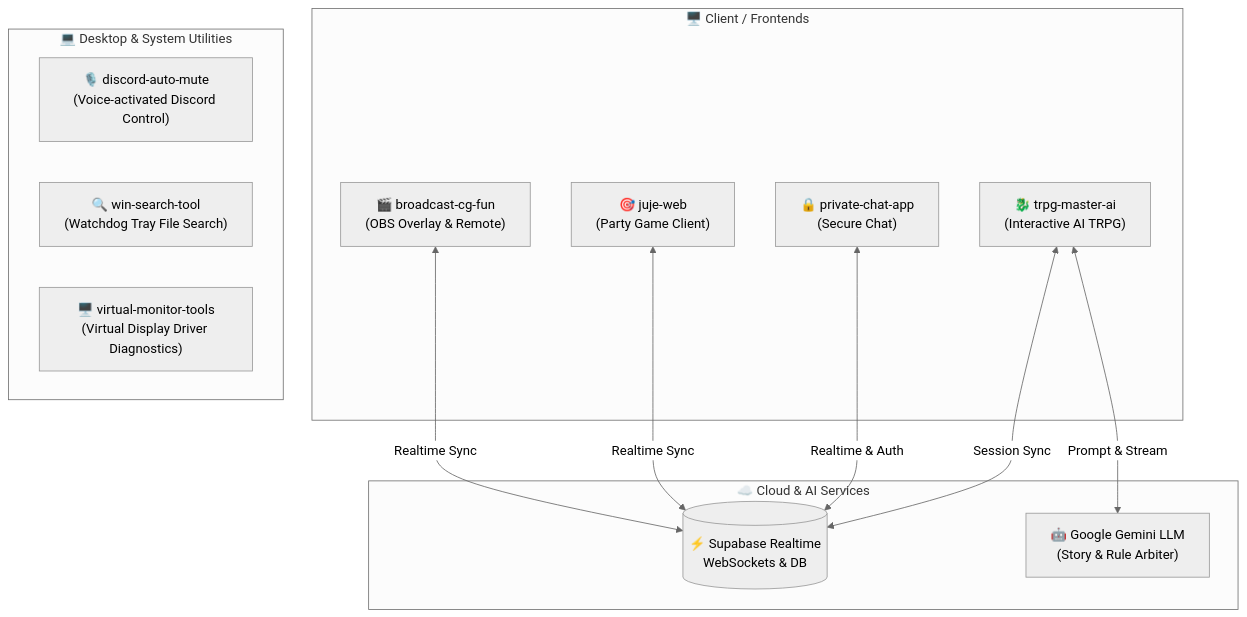
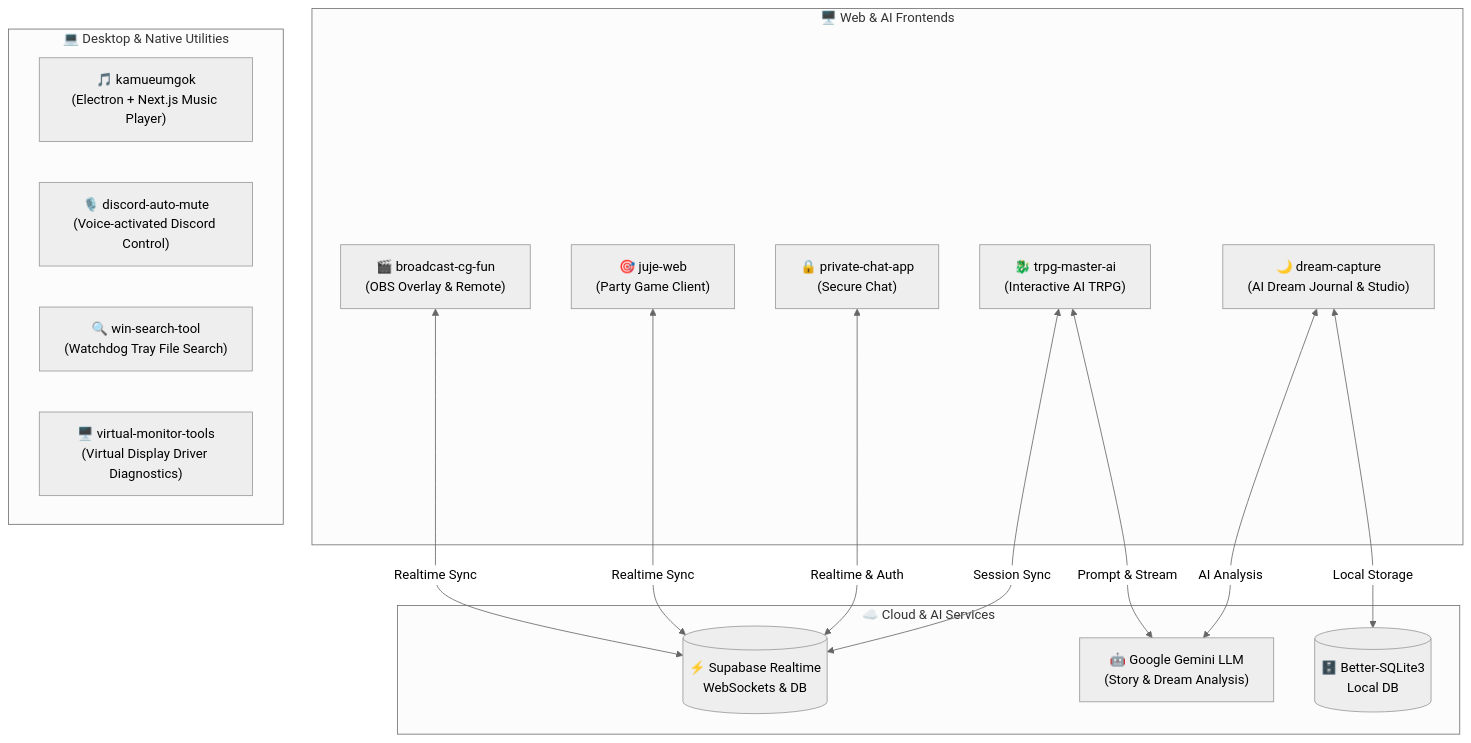
Before and after one commit to jscsarik/jsc_projects: the diagram in README.md, drawn with Mermaid (neutral theme). The commit also changed other lines of this file and 65 other files, not shown here.

Commit message:
feat: add dream-capture and kamueumgok projects to workspace monorepo

````diff
--- a/README.md
+++ b/README.md
@@ -18,26 +19,31 @@
 ```mermaid
 flowchart TD
-    subgraph Client ["🖥️ Client / Frontends"]
+    subgraph Client ["🖥️ Web & AI Frontends"]
         BCG["🎬 broadcast-cg-fun<br/>(OBS Overlay & Remote)"]
         JUJE["🎯 juje-web<br/>(Party Game Client)"]
         CHAT["🔒 private-chat-app<br/>(Secure Chat)"]
         TRPG["🐉 trpg-master-ai<br/>(Interactive AI TRPG)"]
+        DREAM["🌙 dream-capture<br/>(AI Dream Journal & Studio)"]
     end
 
     subgraph BackendServices ["☁️ Cloud & AI Services"]
         SUPA[("⚡ Supabase Realtime<br/>WebSockets & DB")]
-        GEMINI["🤖 Google Gemini LLM<br/>(Story & Rule Arbiter)"]
+        GEMINI["🤖 Google Gemini LLM<br/>(Story & Dream Analysis)"]
+        SQLITE[("🗄️ Better-SQLite3<br/>Local DB")]
     end
 
-    subgraph DesktopTools ["💻 Desktop & System Utilities"]
+    subgraph DesktopTools ["💻 Desktop & Native Utilities"]
+        KAMU["🎵 kamueumgok<br/>(Electron + Next.js Music Player)"]
         DISCORD["🎙️ discord-auto-mute<br/>(Voice-activated Discord Control)"]
         SEARCH["🔍 win-search-tool<br/>(Watchdog Tray File Search)"]
         VMON["🖥️ virtual-monitor-tools<br/>(Virtual Display Driver Diagnostics)"]
     end
 
     BCG <-->|Realtime Sync| SUPA
     JUJE <-->|Realtime Sync| SUPA
     CHAT <-->|Realtime & Auth| SUPA
     TRPG <-->|Prompt & Stream| GEMINI
     TRPG <-->|Session Sync| SUPA
+    DREAM <-->|AI Analysis| GEMINI
+    DREAM <-->|Local Storage| SQLITE
 ```
````
